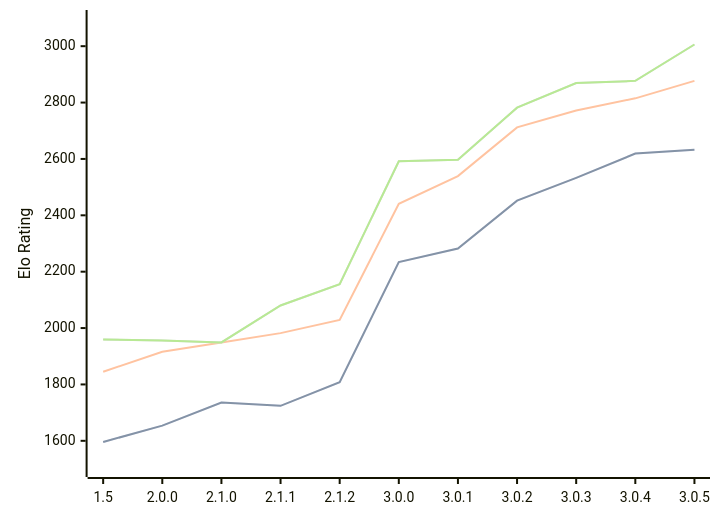
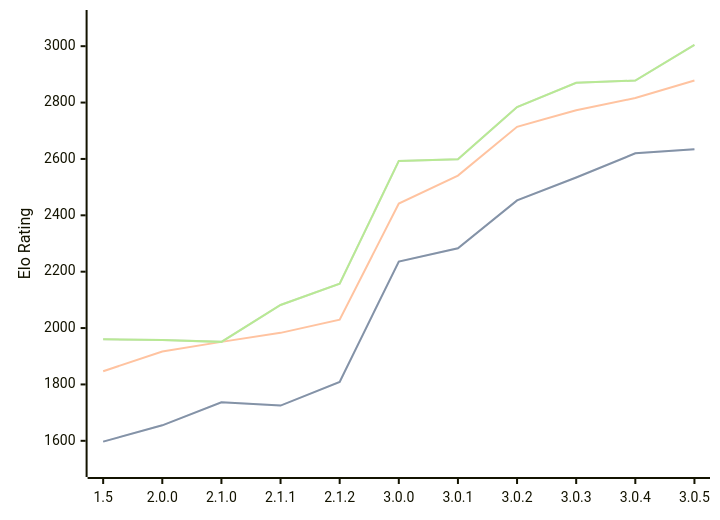
Before and after one commit to computer-chess-index/cci: the diagram in engines/Rudim.md, drawn with Mermaid. The commit also changed other lines of this file, not shown here.

Commit message:
Update CCI Ratings (ELO VLTC) - 2026-08-26

````diff
--- a/engines/Rudim.md
+++ b/engines/Rudim.md
@@ -45,11 +45,11 @@
 ```mermaid
 %%{init: {"theme":"base","themeVariables":{"seriesColors:['#a3a3a3','#222221','#faa371']}}}%%
 xychart-beta
   x-axis ["1.5", "2.0.0", "2.1.0", "2.1.1", "2.1.2", "3.0.0", "3.0.1", "3.0.2", "3.0.3", "3.0.4", "3.0.5"]
   y-axis "Elo Rating" 1500 --> 3100
-  line "STC (8.0+0.08s)" [1596, 1654, 1736, 1724, 1808, 2234, 2282, 2452, 2533, 2619, 2633]
-  line "STC (8.0+0.08s)" [1596, 1654, 1736, 1724, 1808, 2234, 2282, 2452, 2533, 2619, 2633]
-  line "LTC (60.0+0.60s)" [1845, 1916, 1949, 1982, 2029, 2441, 2539, 2712, 2772, 2815, 2877]
-  line "VLTC (2m24s+1.12s)" [1959, 1956, 1949, 2080, 2156, 2592, 2597, 2782, 2869, 2877, 3006]
-  line "VLTC (2m24s+1.12s)" [1959, 1956, 1949, 2080, 2156, 2592, 2597, 2782, 2869, 2877, 3006]
+  line "STC (8.0+0.08s)" [1597, 1655, 1737, 1725, 1809, 2236, 2283, 2453, 2534, 2620, 2634]
+  line "STC (8.0+0.08s)" [1597, 1655, 1737, 1725, 1809, 2236, 2283, 2453, 2534, 2620, 2634]
+  line "LTC (60.0+0.60s)" [1847, 1917, 1951, 1983, 2030, 2442, 2541, 2714, 2773, 2816, 2878]
+  line "VLTC (2m24s+1.12s)" [1960, 1958, 1951, 2082, 2157, 2593, 2599, 2784, 2870, 2878, 3005]
+  line "VLTC (2m24s+1.12s)" [1960, 1958, 1951, 2082, 2157, 2593, 2599, 2784, 2870, 2878, 3005]
 ```
````
